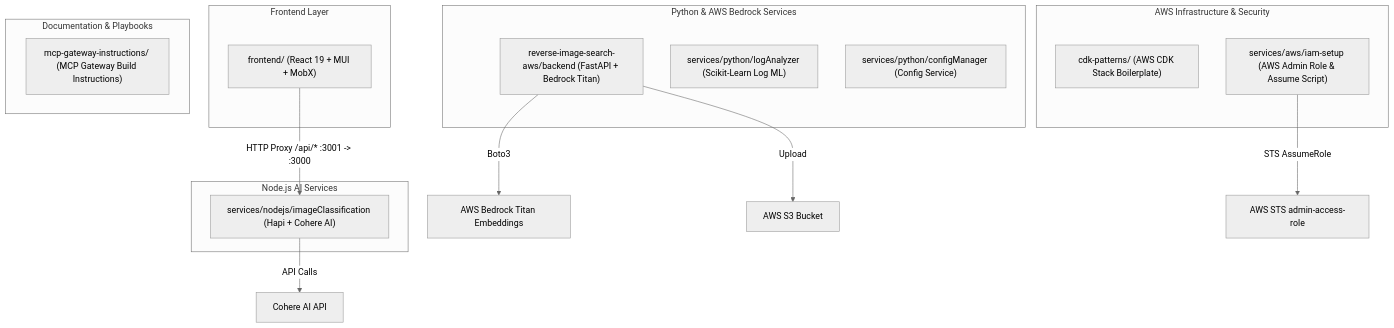
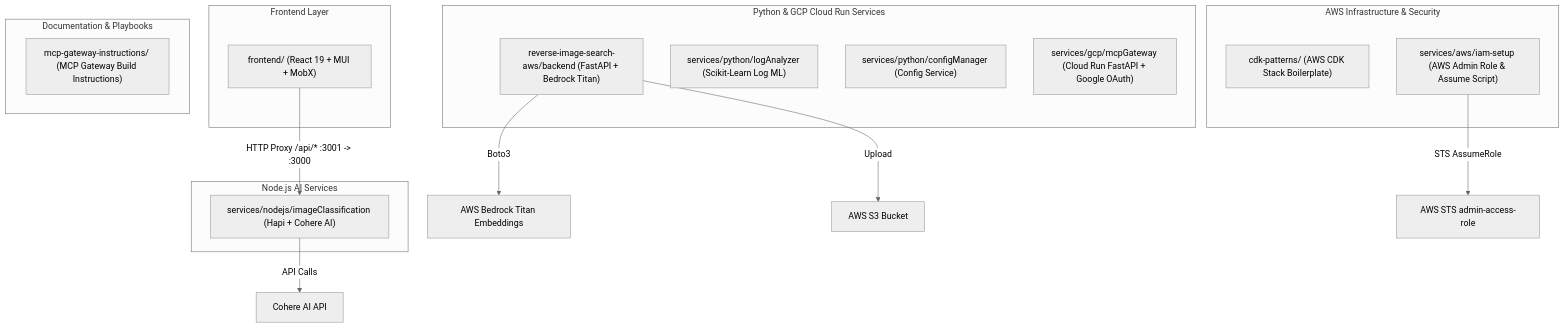
The diagram in docs/architecture.md (KrishnaKasinadhuni/hello-world), drawn with Mermaid (neutral theme) before and after one commit. The commit also changed other lines of this file and 11 other files, not shown here.

Commit message:
feat(gcp): add hosted MCP Gateway on Cloud Run with Google OAuth 2.0 OIDC auth

````diff
--- a/docs/architecture.md
+++ b/docs/architecture.md
@@ -9,31 +9,32 @@
 ```mermaid
 graph TD
     subgraph Frontend Layer
         ReactApp["frontend/ (React 19 + MUI + MobX)"]
     end
 
     subgraph Node.js AI Services
         NodeImageService["services/nodejs/imageClassification (Hapi + Cohere AI)"]
     end
 
-    subgraph Python & AWS Bedrock Services
+    subgraph Python & GCP Cloud Run Services
         RISBackend["reverse-image-search-aws/backend (FastAPI + Bedrock Titan)"]
         PyLogAnalyzer["services/python/logAnalyzer (Scikit-Learn Log ML)"]
         PyConfigMgr["services/python/configManager (Config Service)"]
+        MCPGateway["services/gcp/mcpGateway (Cloud Run FastAPI + Google OAuth)"]
     end
 
     subgraph AWS Infrastructure & Security
         CDKPatterns["cdk-patterns/ (AWS CDK Stack Boilerplate)"]
         IAMSetup["services/aws/iam-setup (AWS Admin Role & Assume Script)"]
     end
 
     subgraph Documentation & Playbooks
         MCPDocs["mcp-gateway-instructions/ (MCP Gateway Build Instructions)"]
     end
 
     ReactApp -->|HTTP Proxy /api/* :3001 -> :3000| NodeImageService
     NodeImageService -->|API Calls| CohereAPI[Cohere AI API]
     RISBackend -->|Boto3| AWSBedrock[AWS Bedrock Titan Embeddings]
     RISBackend -->|Upload| AWSS3[AWS S3 Bucket]
     IAMSetup -->|STS AssumeRole| AWSSTS[AWS STS admin-access-role]
 ```
````
